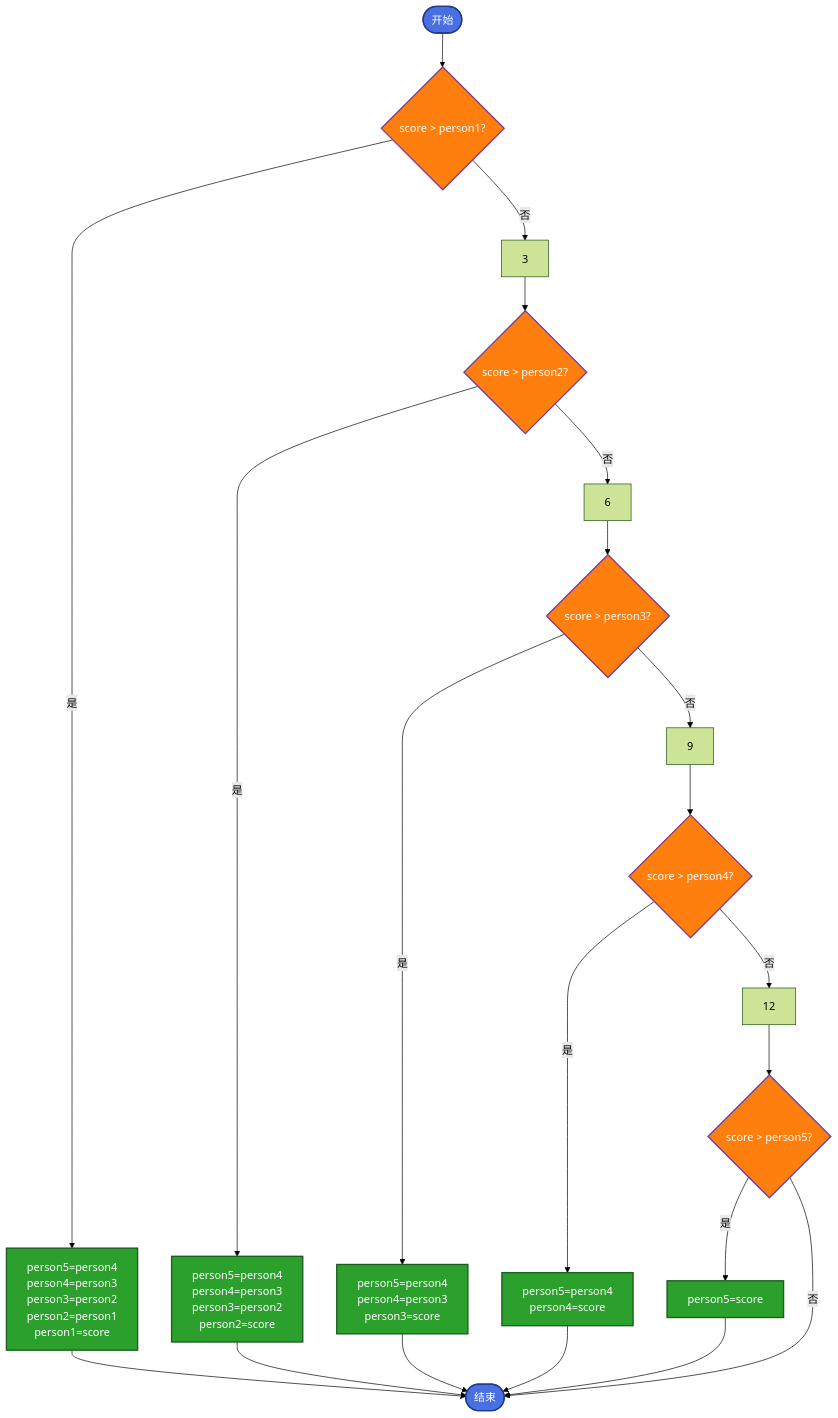
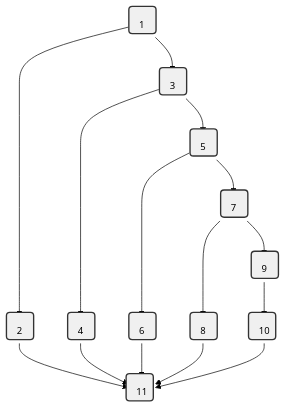
One commit to 916672108-oss/iodraw-files changed the diagram in all/未命名-2.md. Above: the diagram before and after it, drawn with Mermaid (forest theme).

Commit message:
2025-11-24 11:18:06 update

````diff
--- a/all/未命名-2.md
+++ b/all/未命名-2.md
@@ -1,41 +1,34 @@
 ```mermaid
 graph TD
-    %% 定义全局样式
-    classDef startEnd fill:#4a6fe3,stroke:#1e3a8a,stroke-width:2px,color:white;
-    classDef decision fill:#ff7f0e,stroke:#7d3c98,stroke-width:2px,color:white;
-    classDef process fill:#2ca02c,stroke:#1b5e20,stroke-width:2px,color:white;
-    classDef inputOutput fill:#d62728,stroke:#880e4f,stroke-width:2px,color:white;
-
-    %% 流程节点
-    start([开始]):::startEnd --> 1{score > person1?}:::decision
+    %% 定义节点样式
+    classDef nodeStyle fill:#f0f0f0,stroke:#333,stroke-width:2px,font-size:14px,width:40px,height:40px;
     
-    1 -- 是 --> 2["person5=person4<br>person4=person3<br>person3=person2<br>person2=person1<br>person1=score"]:::process
-    1 -- 否 --> 3
+    %% 节点定义
+    1(1):::nodeStyle
+    2(2):::nodeStyle
+    3(3):::nodeStyle
+    4(4):::nodeStyle
+    5(5):::nodeStyle
+    6(6):::nodeStyle
+    7(7):::nodeStyle
+    8(8):::nodeStyle
+    9(9):::nodeStyle
+    10(10):::nodeStyle
+    11(11):::nodeStyle
     
-    3 --> 4{score > person2?}:::decision
-    
-    4 -- 是 --> 5["person5=person4<br>person4=person3<br>person3=person2<br>person2=score"]:::process
-    4 -- 否 --> 6
-    
-    6 --> 7{score > person3?}:::decision
-    
-    7 -- 是 --> 8["person5=person4<br>person4=person3<br>person3=score"]:::process
-    7 -- 否 --> 9
-    
-    9 --> 10{score > person4?}:::decision
-    
-    10 -- 是 --> 11["person5=person4<br>person4=score"]:::process
-    10 -- 否 --> 12
-    
-    12 --> 13{score > person5?}:::decision
-    
-    13 -- 是 --> 14["person5=score"]:::process
-    13 -- 否 --> 15([结束]):::startEnd
-    
-    %% 连接所有流程到结束节点
-    2 --> 15
-    5 --> 15
-    8 --> 15
-    11 --> 15
-    14 --> 15
+    %% 流程连接
+    1 --> 2
+    1 --> 3
+    3 --> 4
+    3 --> 5
+    5 --> 6
+    5 --> 7
+    7 --> 8
+    7 --> 9
+    9 --> 10
+    10 --> 11
+    2 --> 11
+    4 --> 11
+    6 --> 11
+    8 --> 11
 ```
````
